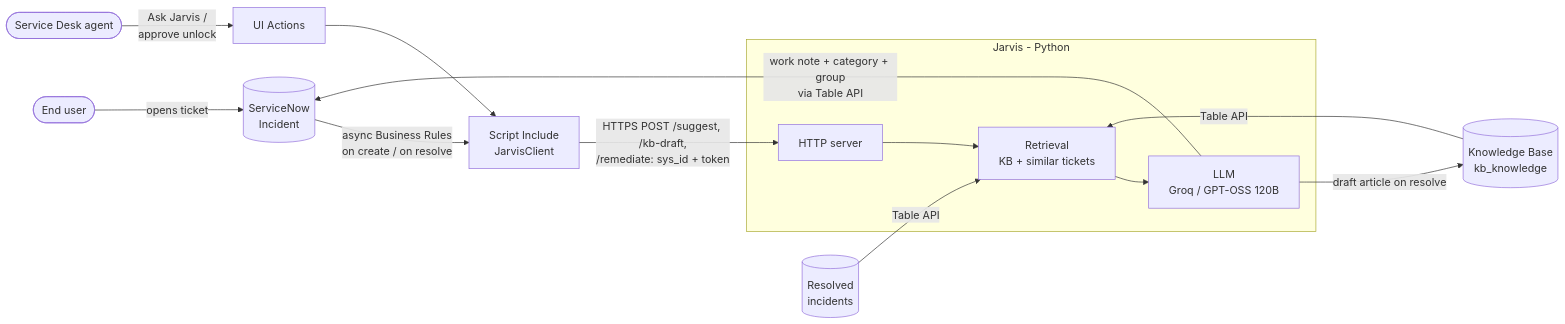
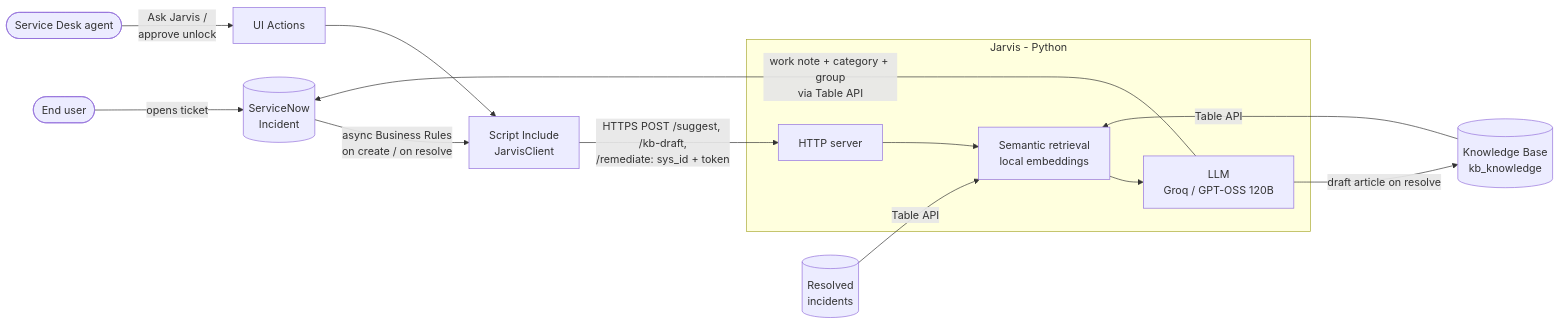
Before and after one commit to tortonef/jarvis-servicenow: the first of 2 diagrams in README.md, drawn with Mermaid. The commit also changed other lines of this file and 10 other files, not shown here.

First line of the commit message:
Semantic search with local embeddings

````diff
--- a/README.md
+++ b/README.md
@@ -13,16 +13,16 @@
 ```mermaid
 flowchart LR
     U([End user]) -->|opens ticket| INC[(ServiceNow<br/>Incident)]
     A([Service Desk agent]) -->|Ask Jarvis /<br/>approve unlock| BTN[UI Actions]
     INC -->|async Business Rules<br/>on create / on resolve| CL[Script Include<br/>JarvisClient]
     BTN --> CL
     CL -->|HTTPS POST /suggest, /kb-draft,<br/>/remediate: sys_id + token| S
     subgraph Jarvis [Jarvis - Python]
-        S[HTTP server] --> R[Retrieval<br/>KB + similar tickets]
+        S[HTTP server] --> R[Semantic retrieval<br/>local embeddings]
         R --> L[LLM<br/>Groq / GPT-OSS 120B]
     end
     KB[(Knowledge Base<br/>kb_knowledge)] -->|Table API| R
     HIST[(Resolved<br/>incidents)] -->|Table API| R
     L -->|work note + category + group<br/>via Table API| INC
     L -->|draft article on resolve| KB
 ```
````
